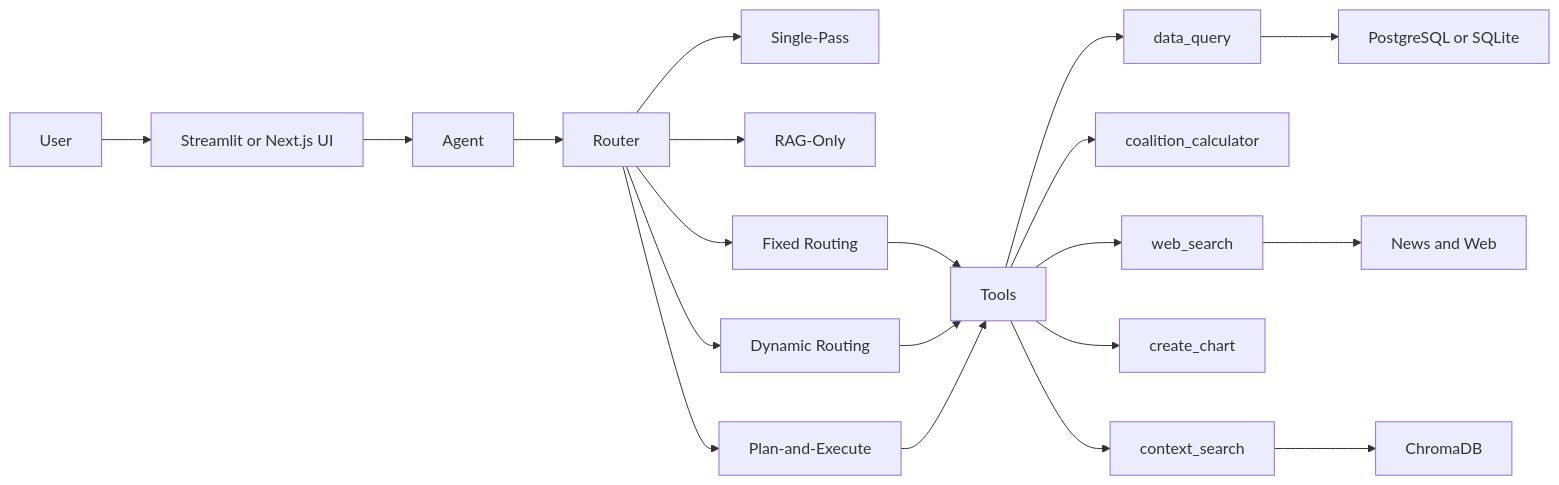
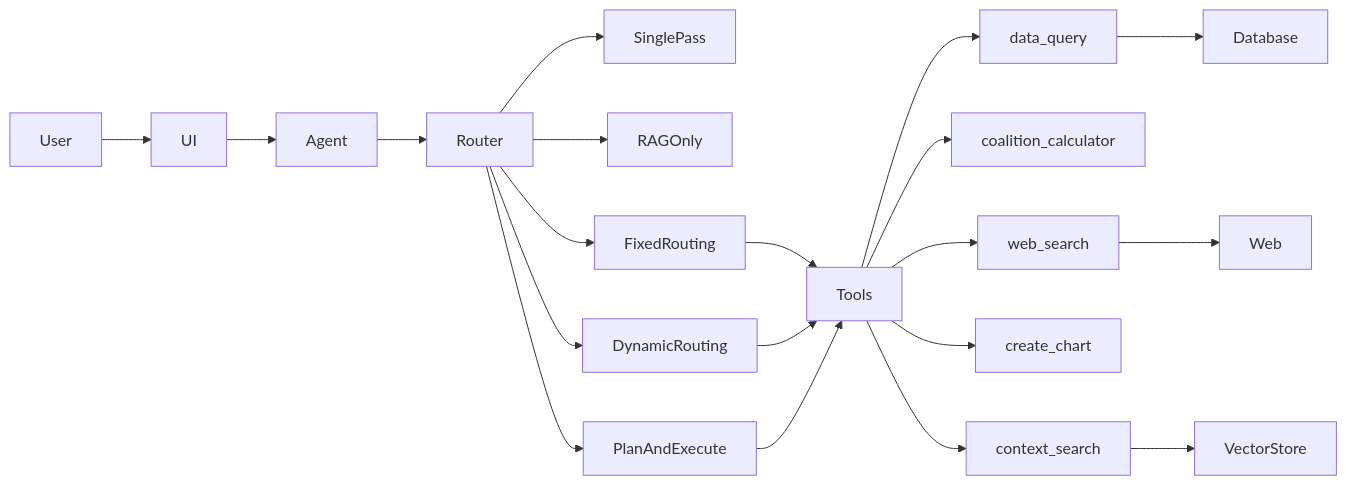
One commit to YardenMorad2003/election-agent changed the diagram in README.md. Above: the diagram before and after it, drawn with Mermaid.

Commit message:
Mermaid: ultra-conservative syntax (no special chars in labels)

````diff
--- a/README.md
+++ b/README.md
@@ -109,22 +109,22 @@
 ```mermaid
 graph LR
-    U[User] --> UI[Streamlit or Next.js UI]
-    UI --> A[Agent]
-    A --> R[Router]
-    R --> C1[Single-Pass]
-    R --> C2[RAG-Only]
-    R --> C3[Fixed Routing]
-    R --> C4[Dynamic Routing]
-    R --> C5[Plan-and-Execute]
-    C3 --> T[Tools]
-    C4 --> T
-    C5 --> T
-    T --> DQ[data_query]
-    T --> CO[coalition_calculator]
-    T --> WS[web_search]
-    T --> CH[create_chart]
-    T --> CS[context_search]
-    DQ --> DB[PostgreSQL or SQLite]
-    CS --> VS[ChromaDB]
-    WS --> EXT[News and Web]
+    User --> UI
+    UI --> Agent
+    Agent --> Router
+    Router --> SinglePass
+    Router --> RAGOnly
+    Router --> FixedRouting
+    Router --> DynamicRouting
+    Router --> PlanAndExecute
+    FixedRouting --> Tools
+    DynamicRouting --> Tools
+    PlanAndExecute --> Tools
+    Tools --> data_query
+    Tools --> coalition_calculator
+    Tools --> web_search
+    Tools --> create_chart
+    Tools --> context_search
+    data_query --> Database
+    context_search --> VectorStore
+    web_search --> Web
 ```
````
